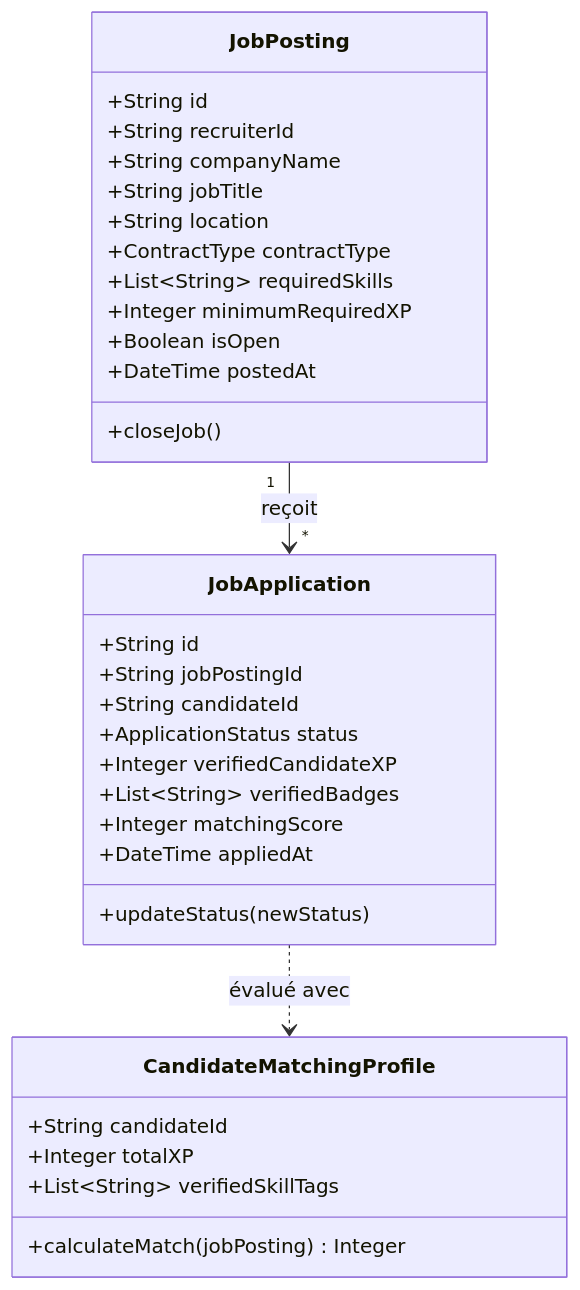
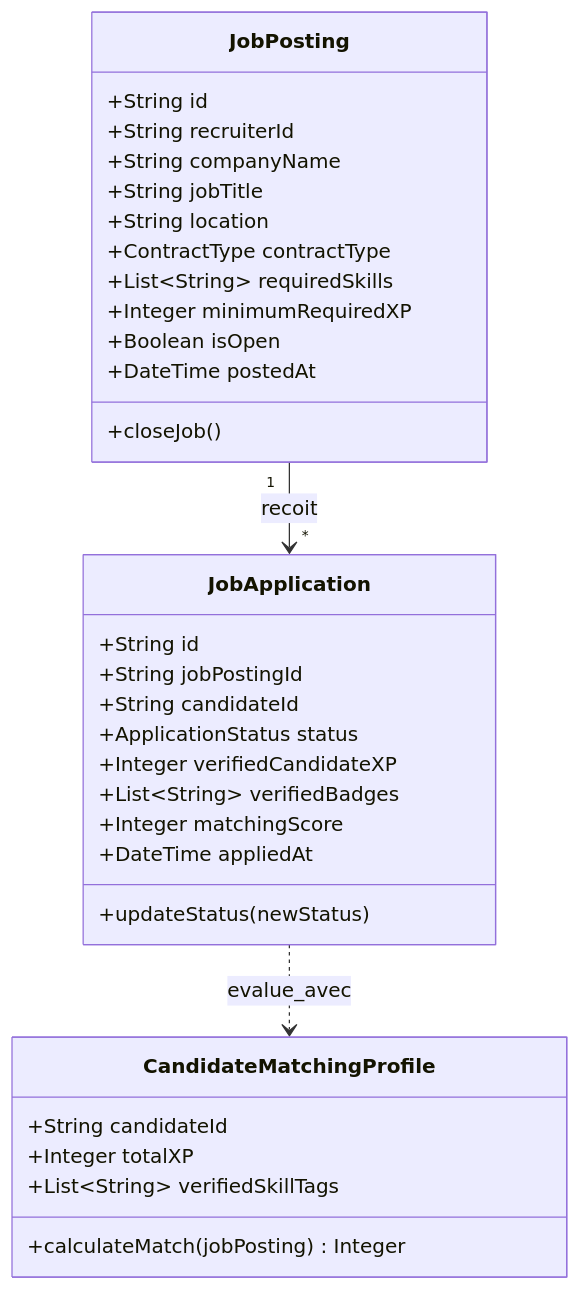
One commit to Architecture-web/projet changed the diagram in Documentation/Diagrams/class_job_board_service.mmd. Above: the diagram before and after it, drawn with Mermaid. The commit also changed 7 other files, not shown here.

Commit message:
fix(diagrams): normalisation des labels de relations dans tous les diagrammes de classes Mermaid

```diff
--- a/Documentation/Diagrams/class_job_board_service.mmd
+++ b/Documentation/Diagrams/class_job_board_service.mmd
@@ -1,36 +1,36 @@
 classDiagram
     class JobPosting {
         +String id
         +String recruiterId
         +String companyName
         +String jobTitle
         +String location
         +ContractType contractType
         +List~String~ requiredSkills
         +Integer minimumRequiredXP
         +Boolean isOpen
         +DateTime postedAt
         +closeJob()
     }
 
     class JobApplication {
         +String id
         +String jobPostingId
         +String candidateId
         +ApplicationStatus status
         +Integer verifiedCandidateXP
         +List~String~ verifiedBadges
         +Integer matchingScore
         +DateTime appliedAt
         +updateStatus(newStatus)
     }
 
     class CandidateMatchingProfile {
         +String candidateId
         +Integer totalXP
         +List~String~ verifiedSkillTags
         +calculateMatch(jobPosting) Integer
     }
 
-    JobPosting "1" --> "*" JobApplication : reçoit
-    JobApplication ..> CandidateMatchingProfile : évalué avec
+    JobPosting "1" --> "*" JobApplication : recoit
+    JobApplication ..> CandidateMatchingProfile : evalue_avec
```
